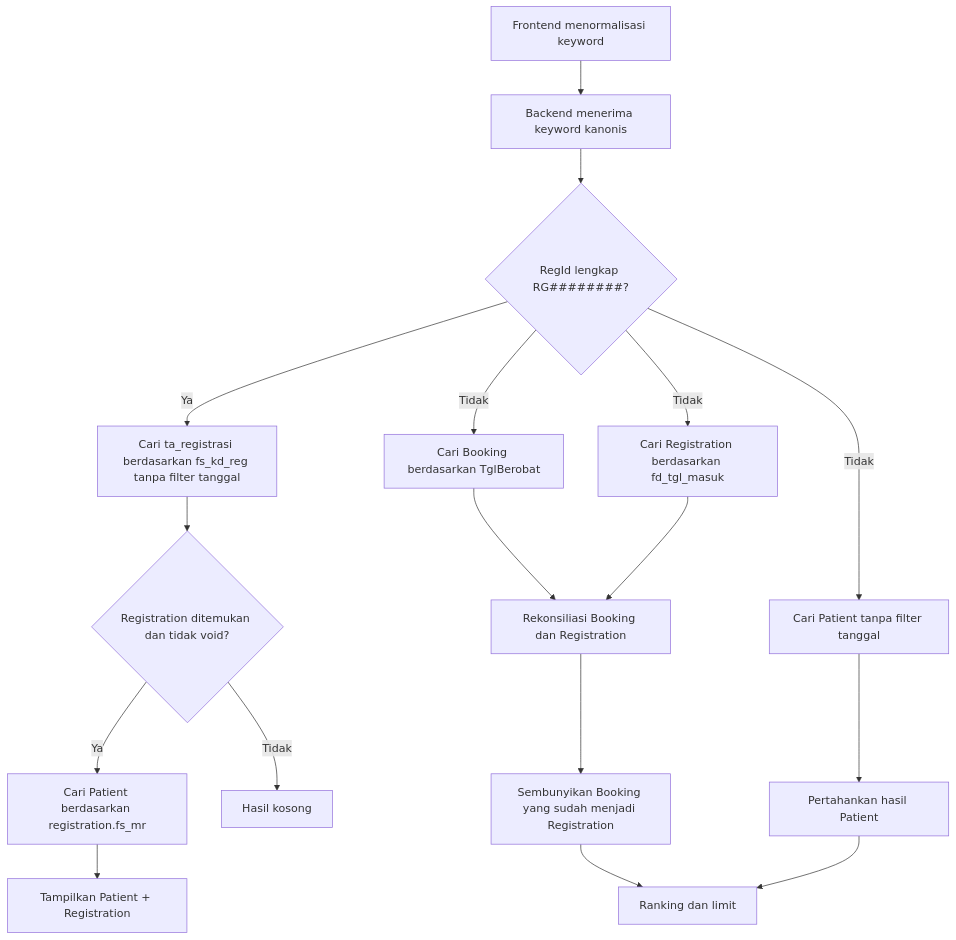
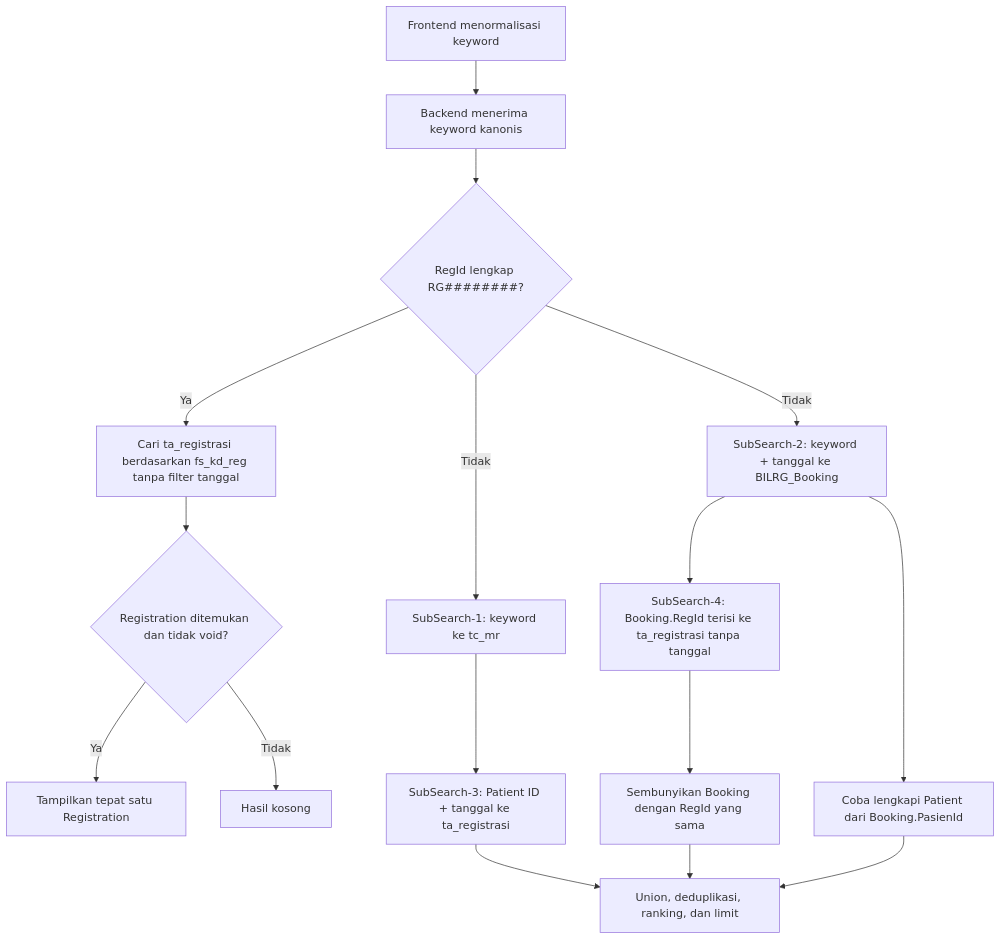
One commit to smart-ics/b09-bilreg-api changed the diagram in docs/contexts/admisi-rajal/reg-deep-search-feature-id.md. Above: the diagram before and after it, drawn with Mermaid. The commit also changed other lines of this file and 5 other files, not shown here.

Commit message:
feat(admisi): implement revised patient booking registration deep search

````diff
--- a/docs/contexts/admisi-rajal/reg-deep-search-feature-id.md
+++ b/docs/contexts/admisi-rajal/reg-deep-search-feature-id.md
@@ -254,21 +251,20 @@
 ```mermaid
 flowchart TD
     A["Frontend menormalisasi keyword"] --> B["Backend menerima keyword kanonis"]
     B --> C{"RegId lengkap RG########?"}
 
     C -->|"Ya"| D["Cari ta_registrasi berdasarkan fs_kd_reg tanpa filter tanggal"]
     D --> E{"Registration ditemukan dan tidak void?"}
-    E -->|"Ya"| F["Cari Patient berdasarkan registration.fs_mr"]
-    F --> G["Tampilkan Patient + Registration"]
+    E -->|"Ya"| G["Tampilkan tepat satu Registration"]
     E -->|"Tidak"| H["Hasil kosong"]
 
-    C -->|"Tidak"| I["Cari Patient tanpa filter tanggal"]
-    C -->|"Tidak"| J["Cari Booking berdasarkan TglBerobat"]
-    C -->|"Tidak"| K["Cari Registration berdasarkan fd_tgl_masuk"]
-    J --> L["Rekonsiliasi Booking dan Registration"]
-    K --> L
-    L --> M["Sembunyikan Booking yang sudah menjadi Registration"]
-    I --> N["Pertahankan hasil Patient"]
-    M --> O["Ranking dan limit"]
+    C -->|"Tidak"| I["SubSearch-1: keyword ke tc_mr"]
+    C -->|"Tidak"| J["SubSearch-2: keyword + tanggal ke BILRG_Booking"]
+    I --> K["SubSearch-3: Patient ID + tanggal ke ta_registrasi"]
+    J --> L["SubSearch-4: Booking.RegId terisi ke ta_registrasi tanpa tanggal"]
+    L --> M["Sembunyikan Booking dengan RegId yang sama"]
+    J --> N["Coba lengkapi Patient dari Booking.PasienId"]
+    K --> O["Union, deduplikasi, ranking, dan limit"]
+    M --> O
     N --> O
 ```
````
